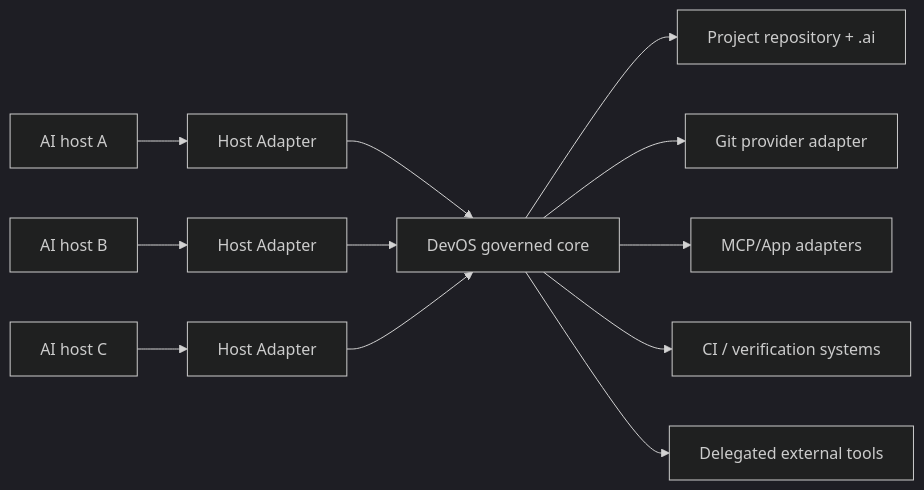
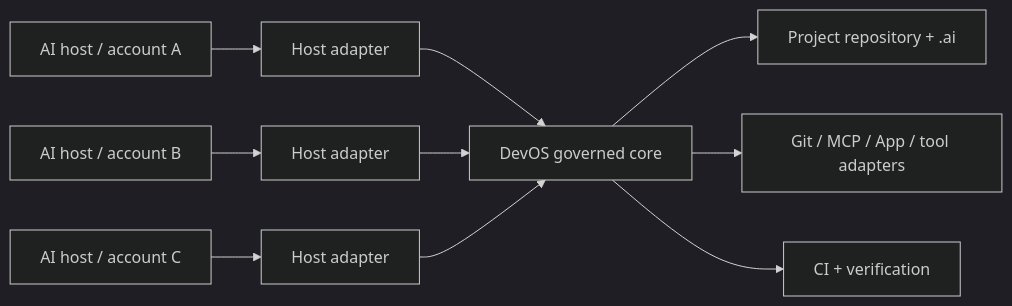
The third of 4 diagrams in docs/DEVOS-MASTER-ENGINEERING-MAP.md (zzpsah/chatgpt-development-os), drawn with Mermaid (dark theme) before and after one commit. The commit also changed other lines of this file, not shown here.

Commit message:
Make canonical master architecture enforce living engineering map

````diff
--- a/docs/DEVOS-MASTER-ENGINEERING-MAP.md
+++ b/docs/DEVOS-MASTER-ENGINEERING-MAP.md
@@ -175,14 +128,12 @@
 ```mermaid
 flowchart LR
-    H1[AI host A] --> AD1[Host Adapter]
-    H2[AI host B] --> AD2[Host Adapter]
-    H3[AI host C] --> AD3[Host Adapter]
-    AD1 --> CORE[DevOS governed core]
-    AD2 --> CORE
-    AD3 --> CORE
+    A1[AI host / account A] --> H1[Host adapter]
+    A2[AI host / account B] --> H2[Host adapter]
+    A3[AI host / account C] --> H3[Host adapter]
+    H1 --> CORE[DevOS governed core]
+    H2 --> CORE
+    H3 --> CORE
     CORE --> REPO[Project repository + .ai]
-    CORE --> GIT[Git provider adapter]
-    CORE --> MCP[MCP/App adapters]
-    CORE --> CI[CI / verification systems]
-    CORE --> EXT[Delegated external tools]
+    CORE --> PROVIDER[Git / MCP / App / tool adapters]
+    CORE --> CI[CI + verification]
 ```
````
